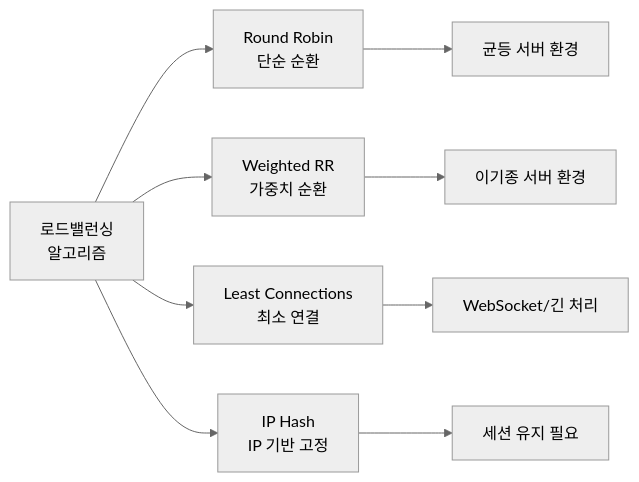
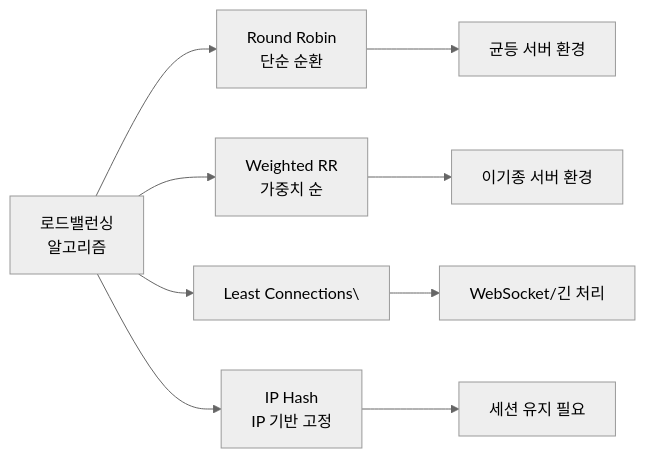
Before and after one commit to yjkim2015/yjkim2015.github.io: the seventh of 17 diagrams in _posts/systemdesign/2026-05-02-system-design-fundamentals.md, drawn with Mermaid (neutral theme). The commit also changed other lines of this file and 271 other files, not shown here.

First line of the commit message:
Mermaid 라벨 축소: 긴 노드 텍스트 18자 이하로 트림 + \n 제거

````diff
--- a/_posts/systemdesign/2026-05-02-system-design-fundamentals.md
+++ b/_posts/systemdesign/2026-05-02-system-design-fundamentals.md
@@ -315,12 +315,12 @@
 ```mermaid
 graph LR
     A["로드밸런싱\n알고리즘"]
     A --> B["Round Robin\n단순 순환"]
-    A --> C["Weighted RR\n가중치 순환"]
-    A --> D["Least Connections\n최소 연결"]
+    A --> C["Weighted RR\n가중치 순"]
+    A --> D["Least Connections\"]
     A --> E["IP Hash\nIP 기반 고정"]
     B --> F["균등 서버 환경"]
     C --> G["이기종 서버 환경"]
     D --> H["WebSocket/긴 처리"]
     E --> I["세션 유지 필요"]
 ```
````
